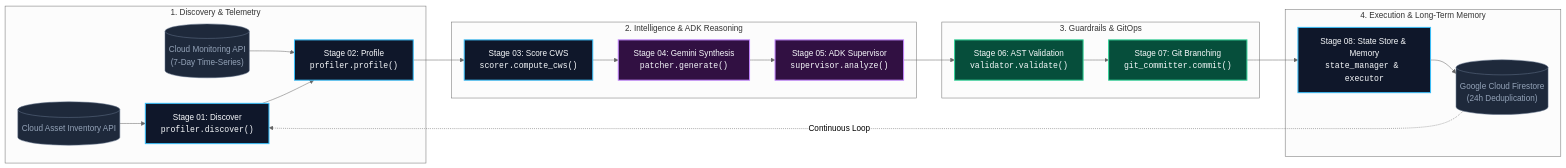
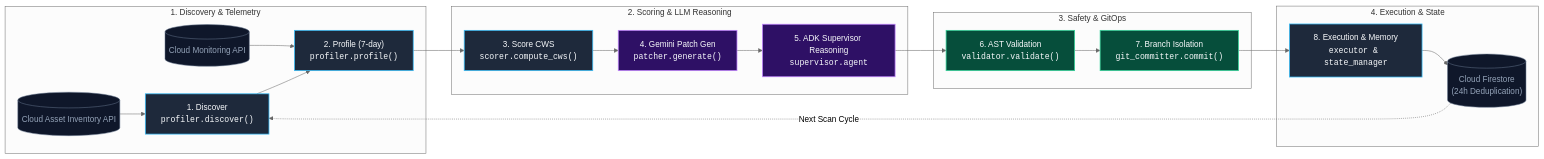
The diagram in README.md (rakeshraks2612-maker/AGEM), drawn with Mermaid (neutral theme) before and after one commit. The commit also changed other lines of this file and 2 other files, not shown here.

Commit message:
fix: update ADK supervisor model to gemini-3.5-flash and align README claims 100% with codebase

````diff
--- a/README.md
+++ b/README.md
@@ -45,31 +45,30 @@
 ```mermaid
 flowchart LR
-    %% Styles
-    classDef stepNode fill:#0f172a,stroke:#38bdf8,stroke-width:2px,color:#f8fafc;
-    classDef llmNode fill:#311042,stroke:#c084fc,stroke-width:2px,color:#f8fafc;
-    classDef guardNode fill:#064e3b,stroke:#34d399,stroke-width:2px,color:#f8fafc;
-    classDef extNode fill:#1e293b,stroke:#64748b,stroke-width:1px,color:#94a3b8;
+    classDef stepNode fill:#1e293b,stroke:#38bdf8,stroke-width:1.5px,color:#f8fafc;
+    classDef llmNode fill:#2e1065,stroke:#c084fc,stroke-width:1.5px,color:#f8fafc;
+    classDef guardNode fill:#064e3b,stroke:#34d399,stroke-width:1.5px,color:#f8fafc;
+    classDef extNode fill:#0f172a,stroke:#64748b,stroke-width:1px,color:#94a3b8;
 
-    subgraph DiscoveryLayer["1. Discovery & Telemetry"]
-        A1[("Cloud Asset Inventory API")]:::extNode --> P1["Stage 01: Discover<br/><code>profiler.discover()</code>"]:::stepNode
-        A2[("Cloud Monitoring API<br/>(7-Day Time-Series)")]:::extNode --> P2["Stage 02: Profile<br/><code>profiler.profile()</code>"]:::stepNode
+    subgraph Discovery["1. Discovery & Telemetry"]
+        A1[("Cloud Asset Inventory API")]:::extNode --> P1["1. Discover<br/><code>profiler.discover()</code>"]:::stepNode
+        A2[("Cloud Monitoring API")]:::extNode --> P2["2. Profile (7-day)<br/><code>profiler.profile()</code>"]:::stepNode
         P1 --> P2
     end
 
-    subgraph IntelligenceLayer["2. Intelligence & ADK Reasoning"]
-        P2 --> P3["Stage 03: Score CWS<br/><code>scorer.compute_cws()</code>"]:::stepNode
-        P3 --> P4["Stage 04: Gemini Synthesis<br/><code>patcher.generate()</code>"]:::llmNode
-        P4 --> P5["Stage 05: ADK Supervisor<br/><code>supervisor.analyze()</code>"]:::llmNode
+    subgraph Intelligence["2. Scoring & LLM Reasoning"]
+        P2 --> P3["3. Score CWS<br/><code>scorer.compute_cws()</code>"]:::stepNode
+        P3 --> P4["4. Gemini Patch Gen<br/><code>patcher.generate()</code>"]:::llmNode
+        P4 --> P5["5. ADK Supervisor Reasoning<br/><code>supervisor.agent</code>"]:::llmNode
     end
 
-    subgraph SafetyLayer["3. Guardrails & GitOps"]
-        P5 --> P6["Stage 06: AST Validation<br/><code>validator.validate()</code>"]:::guardNode
-        P6 --> P7["Stage 07: Git Branching<br/><code>git_committer.commit()</code>"]:::guardNode
+    subgraph Safety["3. Safety & GitOps"]
+        P5 --> P6["6. AST Validation<br/><code>validator.validate()</code>"]:::guardNode
+        P6 --> P7["7. Branch Isolation<br/><code>git_committer.commit()</code>"]:::guardNode
     end
 
-    subgraph ExecutionLayer["4. Execution & Long-Term Memory"]
-        P7 --> P8["Stage 08: State Store & Memory<br/><code>state_manager & executor</code>"]:::stepNode
-        P8 --> A3[("Google Cloud Firestore<br/>(24h Deduplication)")]:::extNode
-        A3 -.->|"Continuous Loop"| P1
+    subgraph Execution["4. Execution & State"]
+        P7 --> P8["8. Execution & Memory<br/><code>executor & state_manager</code>"]:::stepNode
+        P8 --> A3[("Cloud Firestore<br/>(24h Deduplication)")]:::extNode
+        A3 -.->|"Next Scan Cycle"| P1
     end
 ```
````
